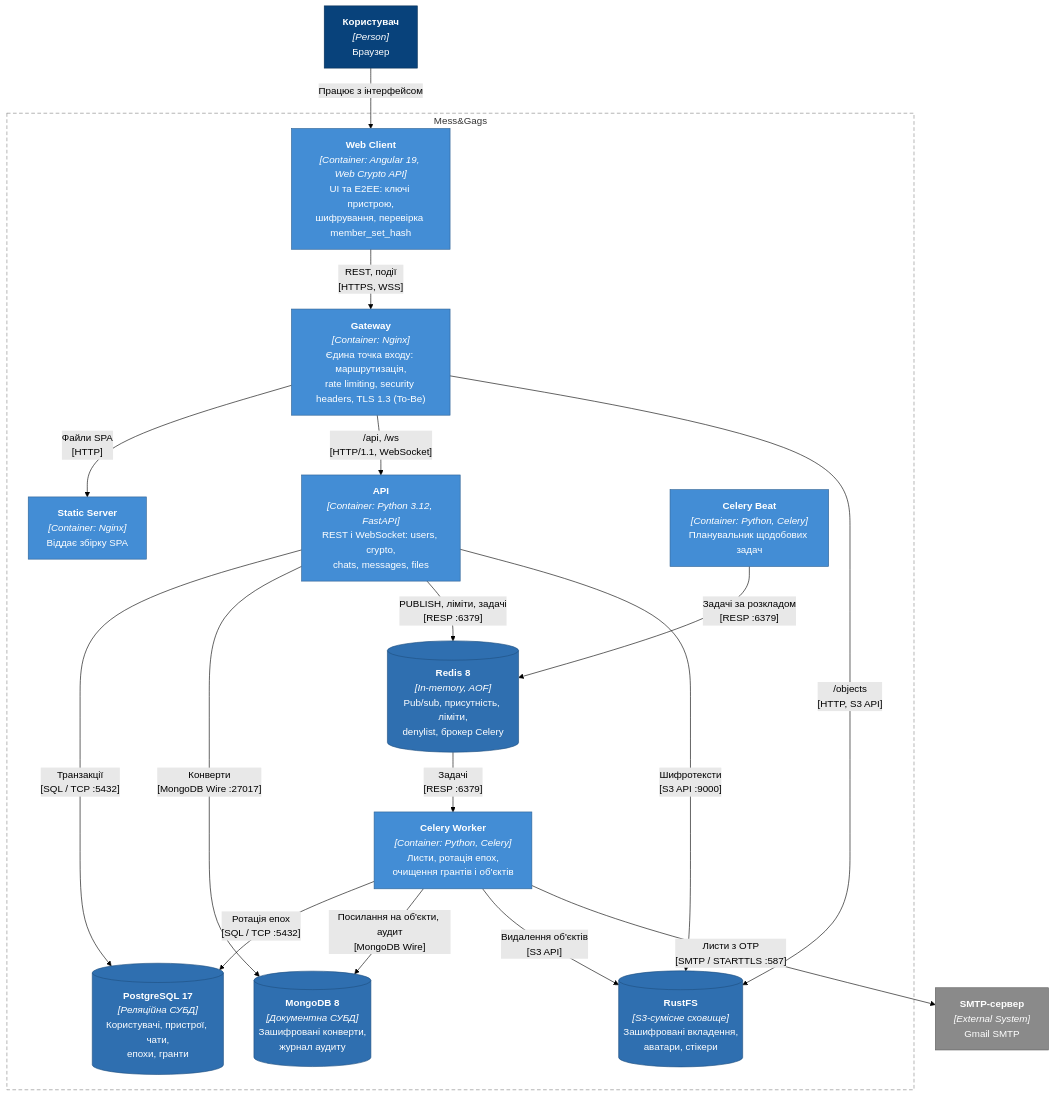
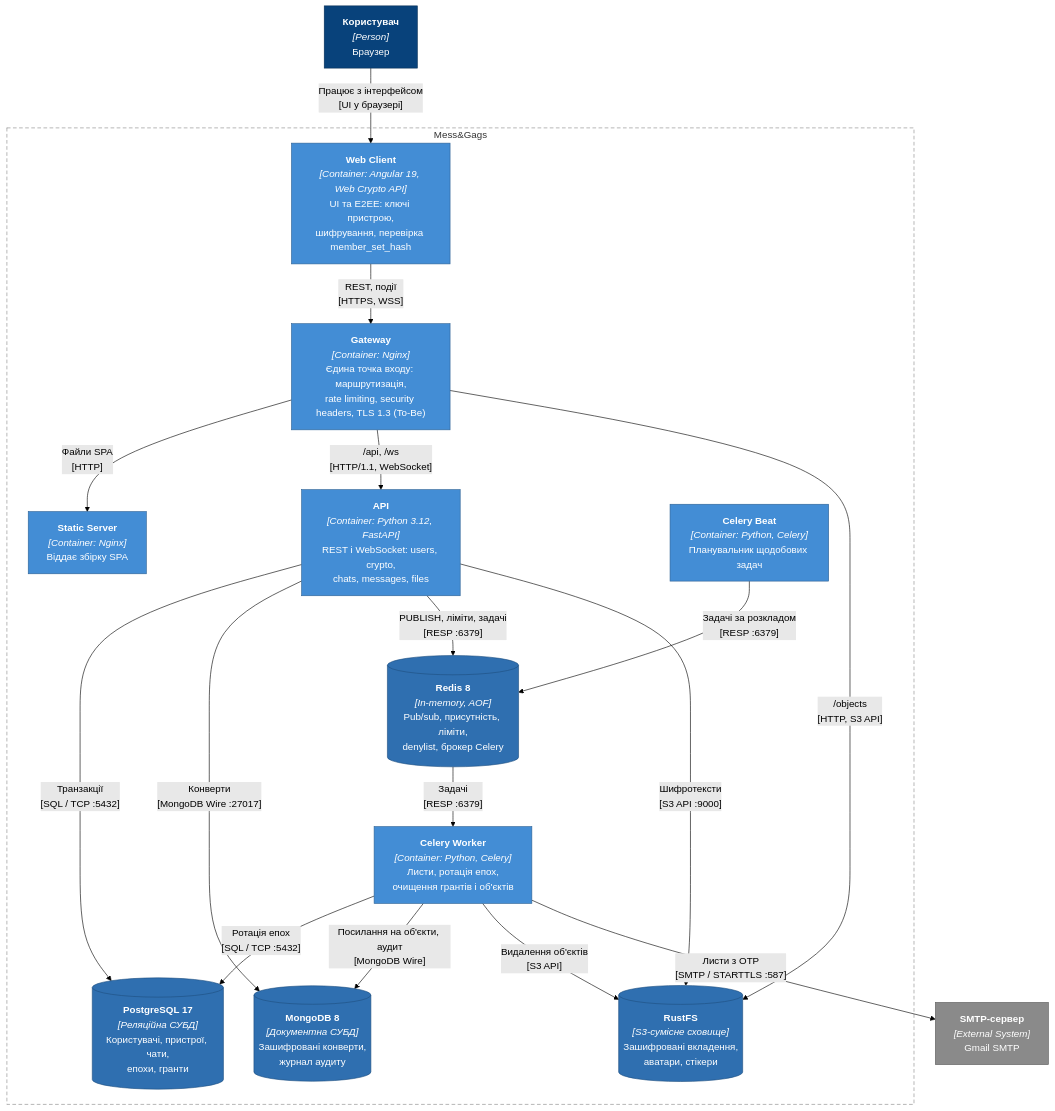
Before and after one commit to Bananbka/F2-diploma-project: the second of 9 diagrams in docs/2_design.md, drawn with Mermaid (forest theme). The commit also changed other lines of this file and 13 other files, not shown here.

````diff
--- a/docs/2_design.md
+++ b/docs/2_design.md
@@ -51,41 +106,41 @@
 ```mermaid
 flowchart TB
   user["<b>Користувач</b><br/><i>[Person]</i><br/>Браузер"]
   smtp["<b>SMTP-сервер</b><br/><i>[External System]</i><br/>Gmail SMTP"]
   subgraph ns ["Mess&Gags"]
     spa["<b>Web Client</b><br/><i>[Container: Angular 19, Web Crypto API]</i><br/>UI та E2EE: ключі пристрою,<br/>шифрування, перевірка member_set_hash"]
     gw["<b>Gateway</b><br/><i>[Container: Nginx]</i><br/>Єдина точка входу: маршрутизація,<br/>rate limiting, security headers, TLS 1.3 (To-Be)"]
     static["<b>Static Server</b><br/><i>[Container: Nginx]</i><br/>Віддає збірку SPA"]
     api["<b>API</b><br/><i>[Container: Python 3.12, FastAPI]</i><br/>REST і WebSocket: users, crypto,<br/>chats, messages, files"]
     beat["<b>Celery Beat</b><br/><i>[Container: Python, Celery]</i><br/>Планувальник щодобових задач"]
     worker["<b>Celery Worker</b><br/><i>[Container: Python, Celery]</i><br/>Листи, ротація епох,<br/>очищення грантів і об'єктів"]
     pg[("<b>PostgreSQL 17</b><br/><i>[Реляційна СУБД]</i><br/>Користувачі, пристрої, чати,<br/>епохи, гранти")]
     mongo[("<b>MongoDB 8</b><br/><i>[Документна СУБД]</i><br/>Зашифровані конверти,<br/>журнал аудиту")]
     redis[("<b>Redis 8</b><br/><i>[In-memory, AOF]</i><br/>Pub/sub, присутність, ліміти,<br/>denylist, брокер Celery")]
     s3[("<b>RustFS</b><br/><i>[S3-сумісне сховище]</i><br/>Зашифровані вкладення,<br/>аватари, стікери")]
   end
-  user -- "Працює з інтерфейсом" --> spa
+  user -- "Працює з інтерфейсом<br/>[UI у браузері]" --> spa
   spa -- "REST, події<br/>[HTTPS, WSS]" --> gw
   gw -- "Файли SPA<br/>[HTTP]" --> static
   gw -- "/api, /ws<br/>[HTTP/1.1, WebSocket]" --> api
   gw -- "/objects<br/>[HTTP, S3 API]" --> s3
   api -- "Транзакції<br/>[SQL / TCP :5432]" --> pg
   api -- "Конверти<br/>[MongoDB Wire :27017]" --> mongo
   api -- "PUBLISH, ліміти, задачі<br/>[RESP :6379]" --> redis
   api -- "Шифротексти<br/>[S3 API :9000]" --> s3
   beat -- "Задачі за розкладом<br/>[RESP :6379]" --> redis
   redis -- "Задачі<br/>[RESP :6379]" --> worker
   worker -- "Ротація епох<br/>[SQL / TCP :5432]" --> pg
   worker -- "Посилання на об'єкти, аудит<br/>[MongoDB Wire]" --> mongo
   worker -- "Видалення об'єктів<br/>[S3 API]" --> s3
   worker -- "Листи з OTP<br/>[SMTP / STARTTLS :587]" --> smtp
   classDef person fill:#08427b,stroke:#052e56,color:#ffffff
   classDef cont fill:#438dd5,stroke:#2e6295,color:#ffffff
   classDef db fill:#2f6fb0,stroke:#1f4f80,color:#ffffff
   classDef ext fill:#8a8a8a,stroke:#5e5e5e,color:#ffffff
   class user person
   class spa,gw,static,api,beat,worker cont
   class pg,mongo,redis,s3 db
   class smtp ext
   style ns fill:none,stroke:#888888,stroke-dasharray:6 4
 ```
````
